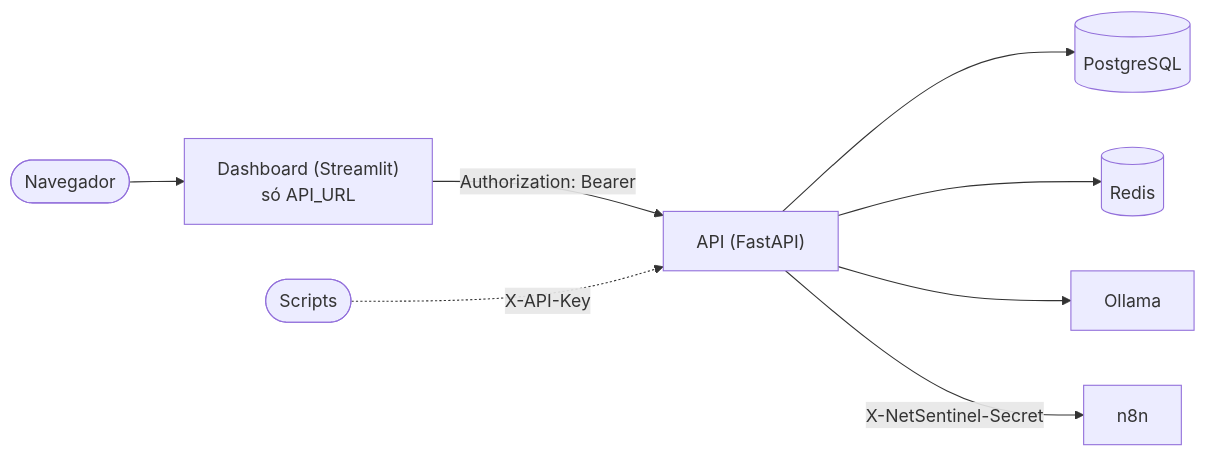
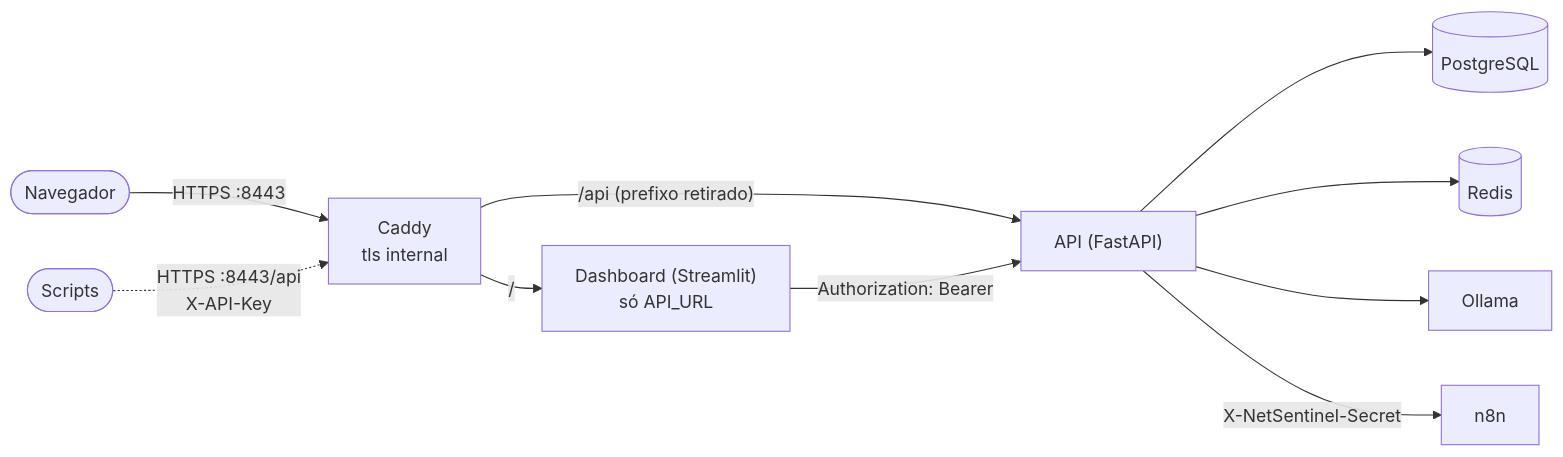
The diagram in docs/ARQUITETURA.md (Peroba-7/netsentinel), drawn with Mermaid before and after one commit. The commit also changed other lines of this file and 4 other files, not shown here.

Commit message:
feat: HTTPS local com proxy reverso Caddy

````diff
--- a/docs/ARQUITETURA.md
+++ b/docs/ARQUITETURA.md
@@ -7,10 +7,12 @@
 ```mermaid
 flowchart LR
-    browser(["Navegador"]) --> dash["Dashboard (Streamlit)<br/>só API_URL"]
-    dash -->|"Authorization: Bearer"| api["API (FastAPI)"]
-    script(["Scripts"]) -.->|"X-API-Key"| api
+    browser(["Navegador"]) -->|"HTTPS :8443"| caddy["Caddy<br/>tls internal"]
+    script(["Scripts"]) -.->|"HTTPS :8443/api<br/>X-API-Key"| caddy
+    caddy -->|"/"| dash["Dashboard (Streamlit)<br/>só API_URL"]
+    caddy -->|"/api (prefixo retirado)"| api["API (FastAPI)"]
+    dash -->|"Authorization: Bearer"| api
     api --> pg[("PostgreSQL")]
     api --> redis[("Redis")]
     api --> ollama["Ollama"]
     api -->|"X-NetSentinel-Secret"| n8n["n8n"]
 ```
````
